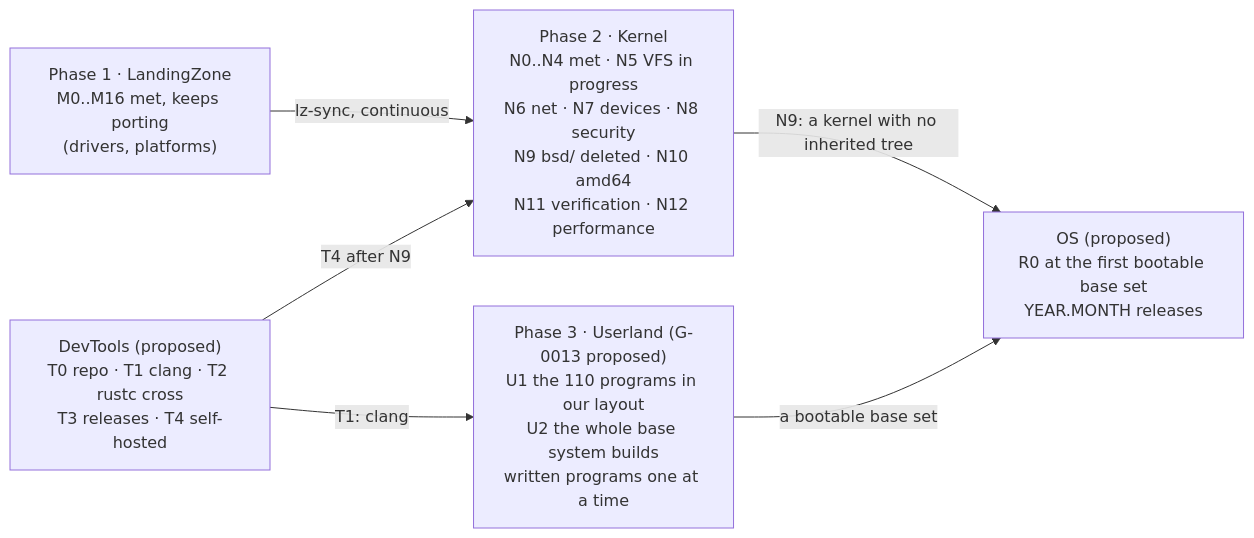
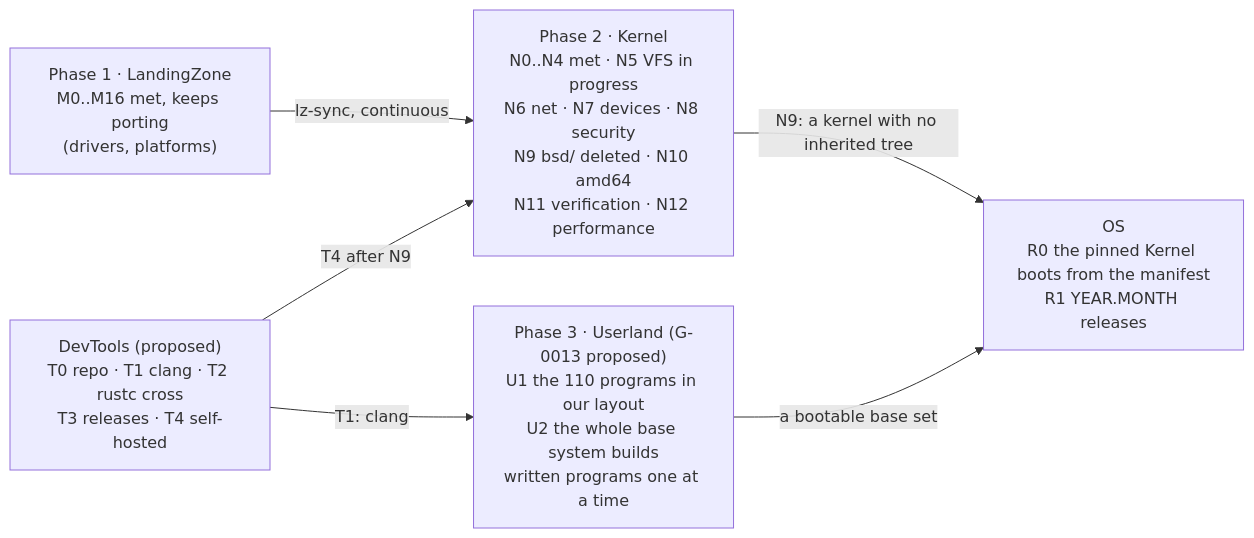
One commit to EmiBSD/Governance changed the diagram in docs/roadmap.md. Above: the diagram before and after it, drawn with Mermaid. The commit also changed other lines of this file and 9 other files, not shown here.

````diff
--- a/docs/roadmap.md
+++ b/docs/roadmap.md
@@ -7,14 +7,14 @@
 ```mermaid
 flowchart LR
     P1["Phase 1 · LandingZone<br/>M0..M16 met, keeps porting<br/>(drivers, platforms)"]
     P2["Phase 2 · Kernel<br/>N0..N4 met · N5 VFS in progress<br/>N6 net · N7 devices · N8 security<br/>N9 bsd/ deleted · N10 amd64<br/>N11 verification · N12 performance"]
     P3["Phase 3 · Userland (G-0013 proposed)<br/>U1 the 110 programs in our layout<br/>U2 the whole base system builds<br/>written programs one at a time"]
     PT["DevTools (proposed)<br/>T0 repo · T1 clang · T2 rustc cross<br/>T3 releases · T4 self-hosted"]
-    PR["OS (proposed)<br/>R0 at the first bootable base set<br/>YEAR.MONTH releases"]
+    PR["OS<br/>R0 the pinned Kernel boots from the manifest<br/>R1 YEAR.MONTH releases"]
 
     P1 -- "lz-sync, continuous" --> P2
     P2 -- "N9: a kernel with no inherited tree" --> PR
     P3 -- "a bootable base set" --> PR
     PT -- "T1: clang" --> P3
     PT -- "T4 after N9" --> P2
 ```
````
